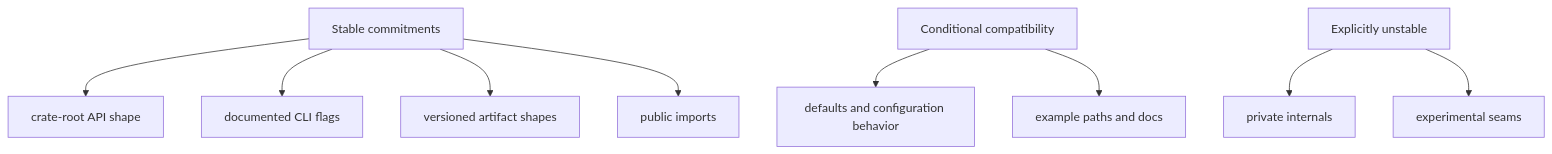
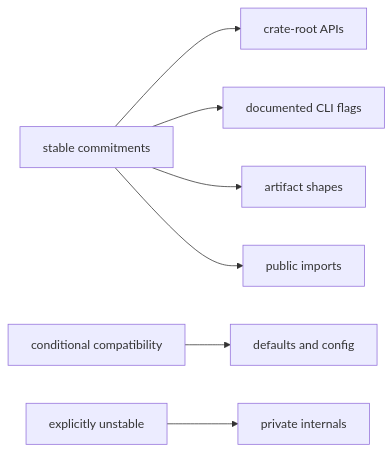
The diagram in docs/bijux-dag/interfaces/compatibility-commitments.md (bijux/bijux-cli), drawn with Mermaid before and after one commit. The commit also changed other lines of this file, not shown here.

Commit message:
docs(dag-interfaces): clarify compatibility commitments

````diff
--- a/docs/bijux-dag/interfaces/compatibility-commitments.md
+++ b/docs/bijux-dag/interfaces/compatibility-commitments.md
@@ -17,16 +19,9 @@
 ```mermaid
-flowchart TB
-    stable[Stable commitments]
-    stable --> api_shape[crate-root API shape]
-    stable --> cli_flags[documented CLI flags]
-    stable --> artifacts[versioned artifact shapes]
-    stable --> imports[public imports]
-
-    conditional[Conditional compatibility]
-    conditional --> defaults[defaults and configuration behavior]
-    conditional --> examples[example paths and docs]
-
-    unstable[Explicitly unstable]
-    unstable --> internals[private internals]
-    unstable --> experimental[experimental seams]
+flowchart LR
+    stable["stable commitments"] --> api_shape["crate-root APIs"]
+    stable --> cli_flags["documented CLI flags"]
+    stable --> artifacts["artifact shapes"]
+    stable --> imports["public imports"]
+    conditional["conditional compatibility"] --> defaults["defaults and config"]
+    unstable["explicitly unstable"] --> internals["private internals"]
 ```
````
